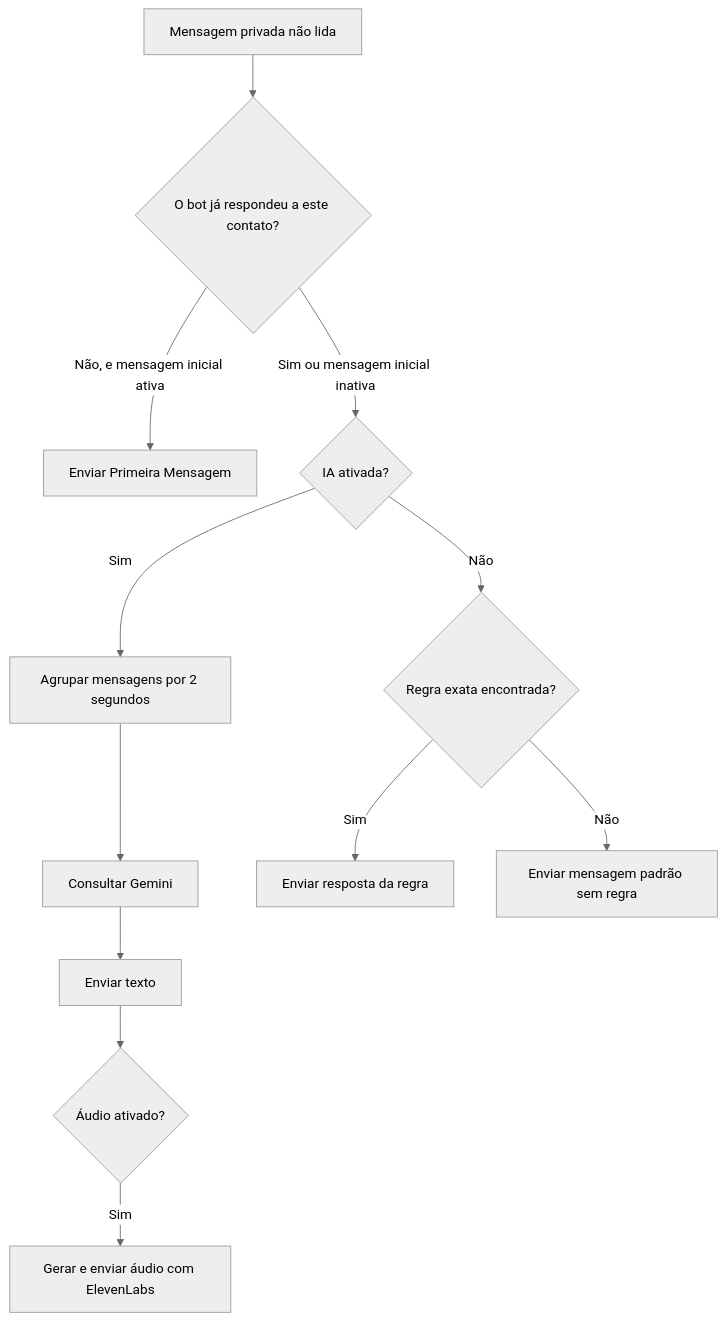
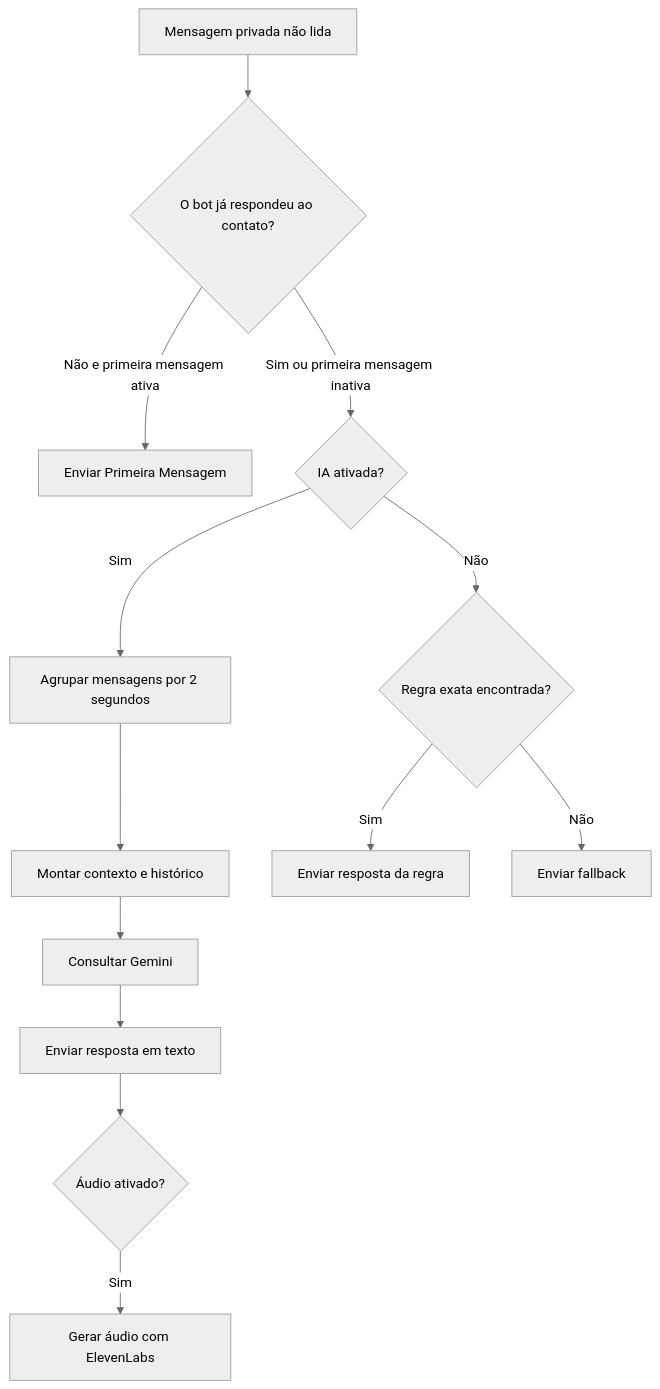
Before and after one commit to louro2023/ChatbotcomIA: the second of 3 diagrams in README.md, drawn with Mermaid (neutral theme). The commit also changed other lines of this file, not shown here.

````diff
--- a/README.md
+++ b/README.md
@@ -28,14 +120,15 @@
 ```mermaid
 flowchart TD
-    A[Mensagem privada não lida] --> B{O bot já respondeu a este contato?}
-    B -->|Não, e mensagem inicial ativa| C[Enviar Primeira Mensagem]
-    B -->|Sim ou mensagem inicial inativa| D{IA ativada?}
+    A[Mensagem privada não lida] --> B{O bot já respondeu ao contato?}
+    B -->|Não e primeira mensagem ativa| C[Enviar Primeira Mensagem]
+    B -->|Sim ou primeira mensagem inativa| D{IA ativada?}
     D -->|Sim| E[Agrupar mensagens por 2 segundos]
-    E --> F[Consultar Gemini]
-    F --> G[Enviar texto]
-    G --> H{Áudio ativado?}
-    H -->|Sim| I[Gerar e enviar áudio com ElevenLabs]
-    D -->|Não| J{Regra exata encontrada?}
-    J -->|Sim| K[Enviar resposta da regra]
-    J -->|Não| L[Enviar mensagem padrão sem regra]
+    E --> F[Montar contexto e histórico]
+    F --> G[Consultar Gemini]
+    G --> H[Enviar resposta em texto]
+    H --> I{Áudio ativado?}
+    I -->|Sim| J[Gerar áudio com ElevenLabs]
+    D -->|Não| K{Regra exata encontrada?}
+    K -->|Sim| L[Enviar resposta da regra]
+    K -->|Não| M[Enviar fallback]
 ```
````
